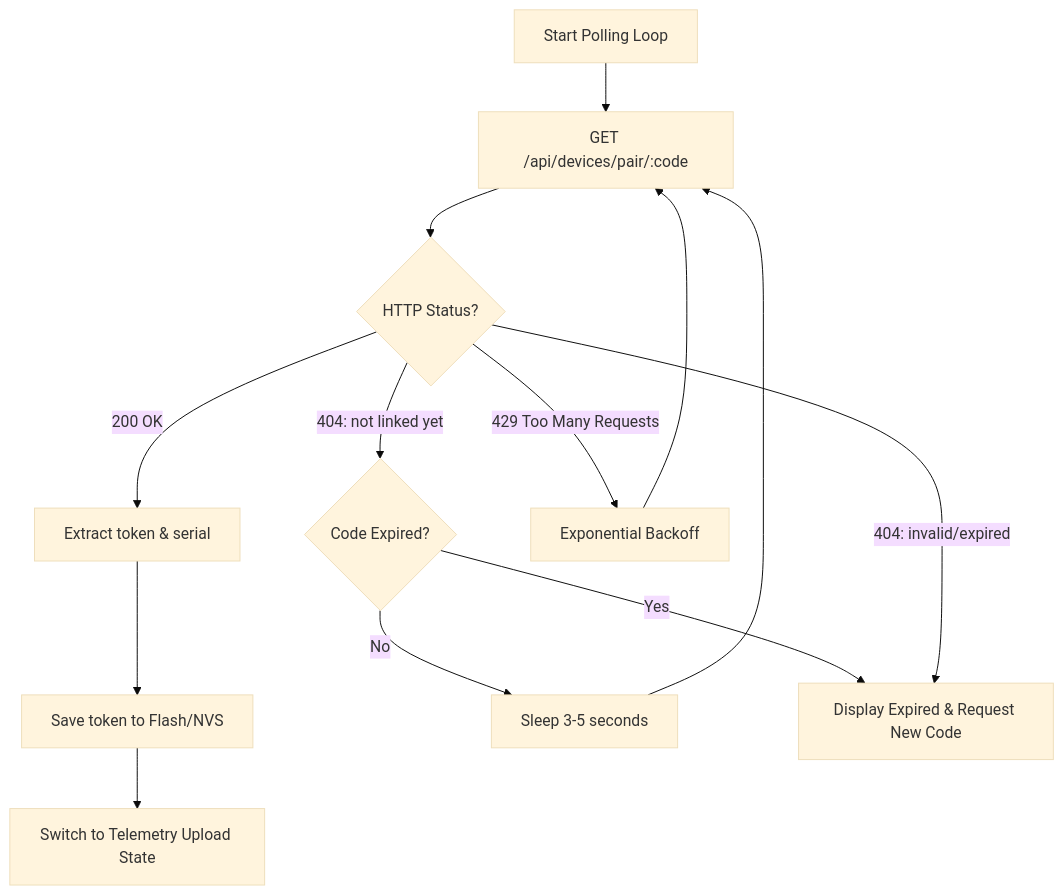
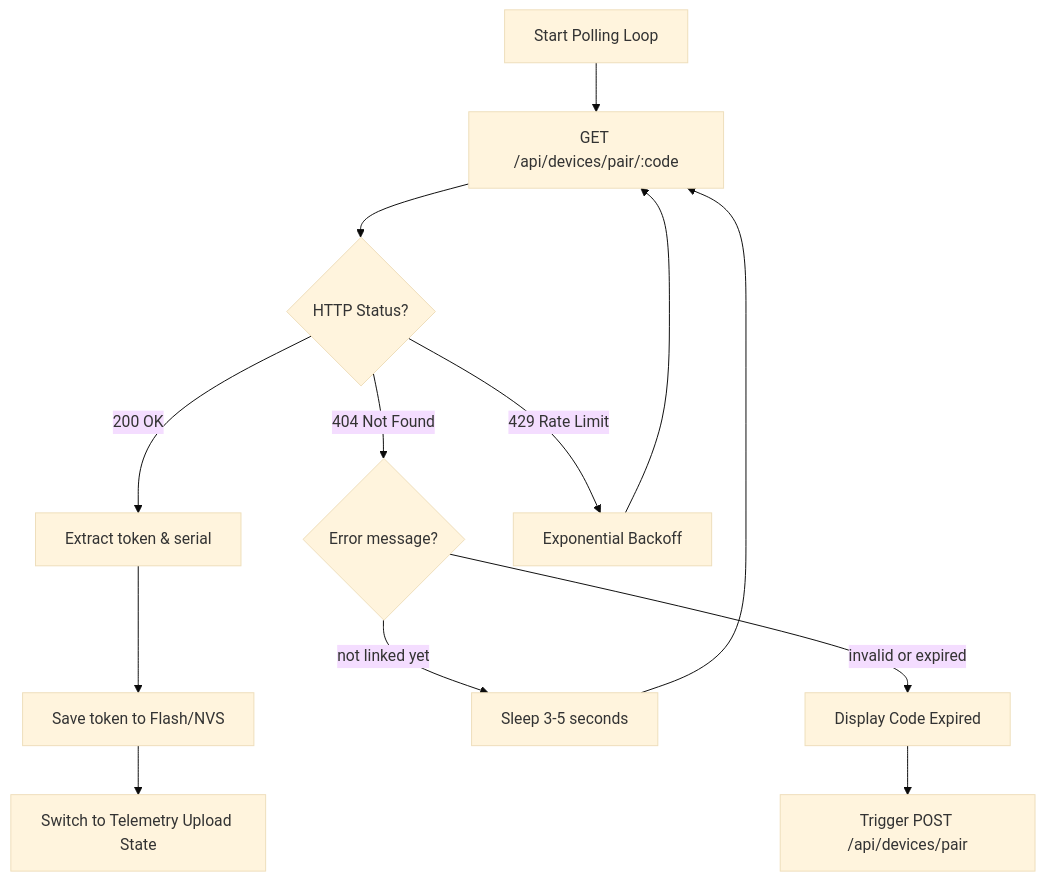
One commit to ayphr/docs changed the diagram in src/content/docs/api/get-token.mdx. Above: the diagram before and after it, drawn with Mermaid (base theme). The commit also changed 6 other files, not shown here.

````diff
--- a/src/content/docs/api/get-token.mdx
+++ b/src/content/docs/api/get-token.mdx
@@ -90,15 +90,15 @@
 ```mermaid
 flowchart TD
-    A[Start Polling Loop] --> B[GET /api/devices/pair/:code]
-    B --> C{HTTP Status?}
-    C -->|200 OK| D[Extract token & serial]
-    D --> E[Save token to Flash/NVS]
-    E --> F[Switch to Telemetry Upload State]
-    C -->|404: not linked yet| G{Code Expired?}
-    G -->|No| H[Sleep 3-5 seconds]
+    A["Start Polling Loop"] --> B["GET /api/devices/pair/:code"]
+    B --> C{"HTTP Status?"}
+    C -->|"200 OK"| D["Extract token & serial"]
+    D --> E["Save token to Flash/NVS"]
+    E --> F["Switch to Telemetry Upload State"]
+    C -->|"404 Not Found"| G{"Error message?"}
+    G -->|"not linked yet"| H["Sleep 3-5 seconds"]
     H --> B
-    G -->|Yes| I[Display Expired & Request New Code]
-    C -->|404: invalid/expired| I
-    C -->|429 Too Many Requests| J[Exponential Backoff]
-    J --> B
+    G -->|"invalid or expired"| I["Display Code Expired"]
+    I --> J["Trigger POST /api/devices/pair"]
+    C -->|"429 Rate Limit"| K["Exponential Backoff"]
+    K --> B
 ```
````
